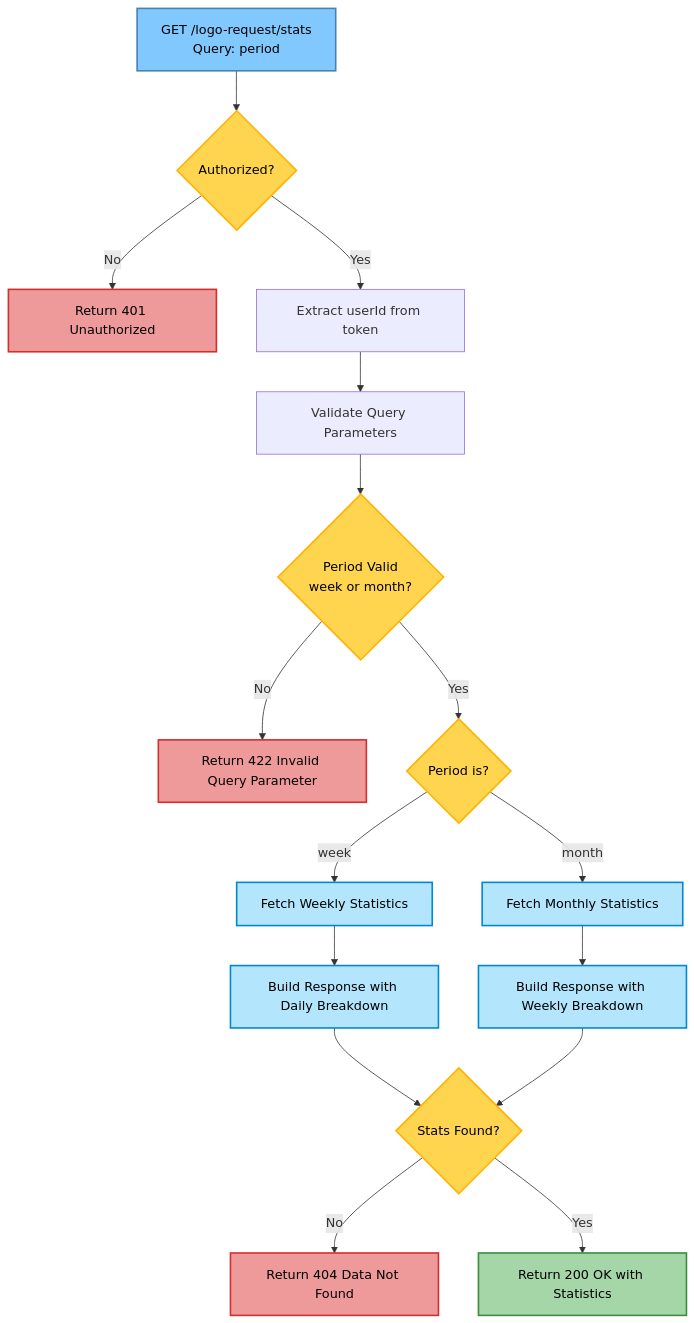
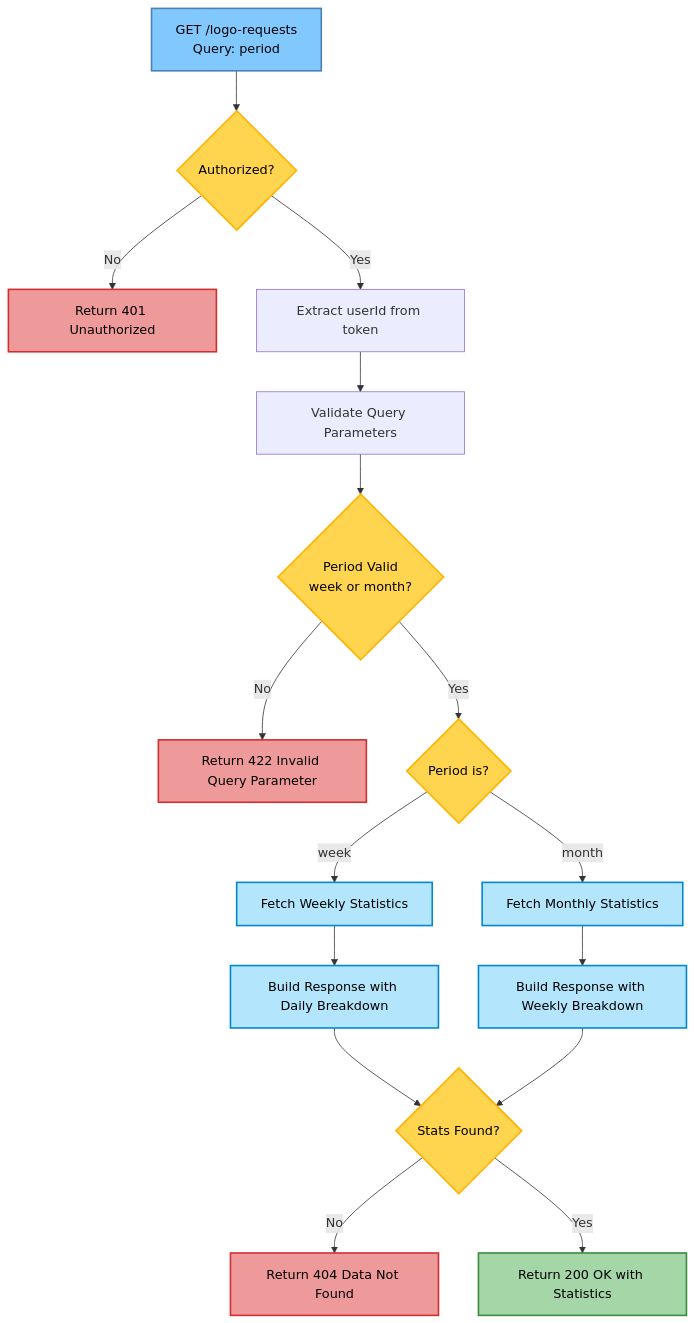
Before and after one commit to TeamShiksha/openlogo: diagram 27 of 27 in docs/DEVELOPMENT.md, drawn with Mermaid. The commit also changed other lines of this file and 1 other file, not shown here.

Commit message:
docs: adress PR review feedback

````diff
--- a/docs/DEVELOPMENT.md
+++ b/docs/DEVELOPMENT.md
@@ -2054,40 +2054,40 @@
 ```mermaid
 flowchart TD
-%% API Flow: GET /logo-request/stats
-Start[GET /logo-request/stats<br/>Query: period] --> Auth{Authorized?}
+%% API Flow: GET /logo-requests
+Start[GET /logo-requests<br/>Query: period] --> Auth{Authorized?}
 
 Auth -->|No| Auth401[Return 401 Unauthorized]
 Auth -->|Yes| ExtractUserId[Extract userId from token]
 
 ExtractUserId --> ValidateParams[Validate Query Parameters]
 ValidateParams --> PeriodValid{Period Valid<br/>week or month?}
 
 PeriodValid -->|No| Invalid422[Return 422 Invalid Query Parameter]
 PeriodValid -->|Yes| FetchStats{Period is?}
 
 FetchStats -->|week| GetWeeklyStats[Fetch Weekly Statistics]
 FetchStats -->|month| GetMonthlyStats[Fetch Monthly Statistics]
 
 GetWeeklyStats --> BuildWeeklyResponse[Build Response with Daily Breakdown]
 GetMonthlyStats --> BuildMonthlyResponse[Build Response with Weekly Breakdown]
 
 BuildWeeklyResponse --> StatsFound{Stats Found?}
 BuildMonthlyResponse --> StatsFound
 
 StatsFound -->|No| NotFound404[Return 404 Data Not Found]
 StatsFound -->|Yes| Success200[Return 200 OK with Statistics]
 
 classDef startEnd fill:#81C8FF,stroke:#4682B4,stroke-width:2px,color:#000;
 classDef decision fill:#FFD54F,stroke:#FFB300,stroke-width:2px,color:#000;
 classDef success fill:#A5D6A7,stroke:#388E3C,stroke-width:2px,color:#000;
 classDef error fill:#EF9A9A,stroke:#D32F2F,stroke-width:2px,color:#000;
 
 class Start,Success200 startEnd
 class Auth,PeriodValid,FetchStats,StatsFound decision
 class Success200 success
 class Auth401,Invalid422,NotFound404 error
 class GetWeeklyStats,GetMonthlyStats,BuildWeeklyResponse,BuildMonthlyResponse process
 
 classDef process fill:#B3E5FC,stroke:#0288D1,stroke-width:2px,color:#000;
 class GetWeeklyStats,GetMonthlyStats,BuildWeeklyResponse,BuildMonthlyResponse process
 ```
````
